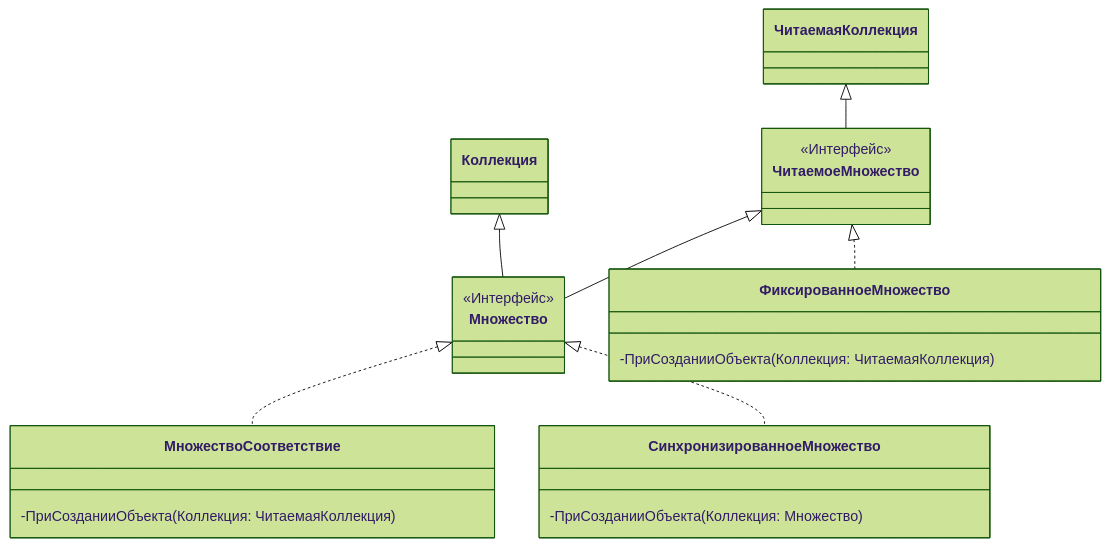
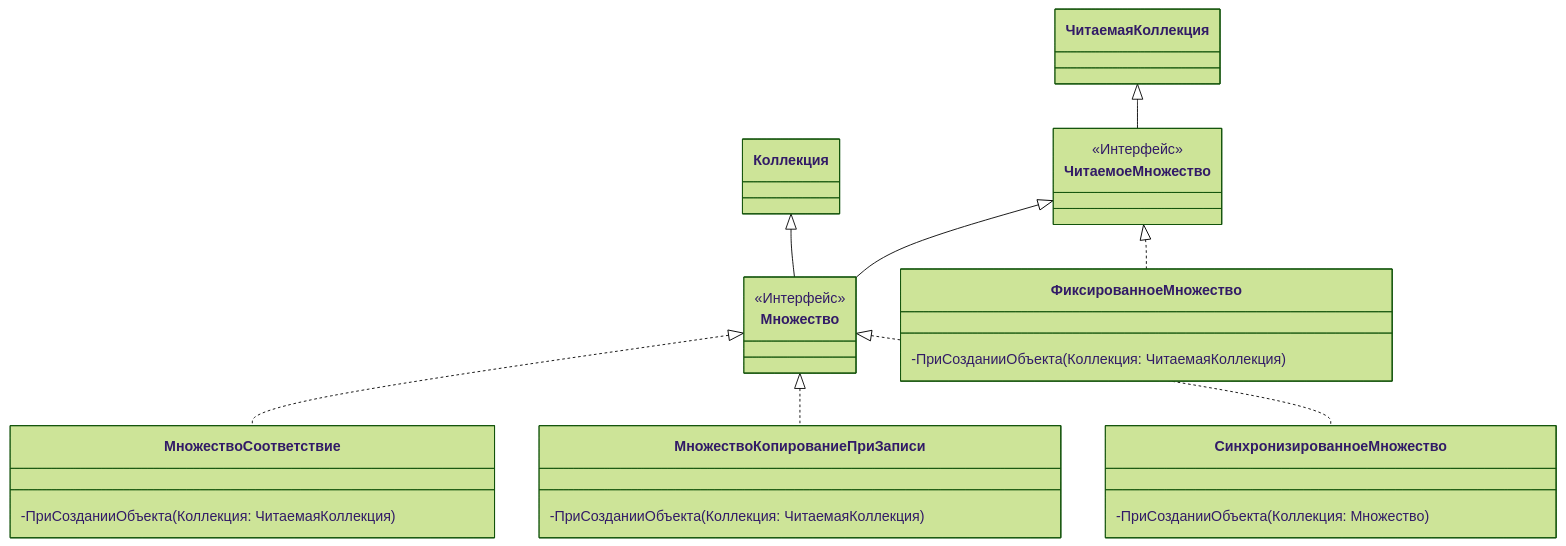
The second of 6 diagrams in README.md (sfaqer/collectionos), drawn with Mermaid (forest theme) before and after one commit. The commit also changed other lines of this file and 49 other files, not shown here.

````diff
--- a/README.md
+++ b/README.md
@@ -115,31 +127,36 @@
 ```mermaid
 classDiagram
 
 ЧитаемаяКоллекция <|-- ЧитаемоеМножество
 ЧитаемоеМножество <|-- Множество
 Коллекция <|-- Множество
 
 ЧитаемоеМножество <|.. ФиксированноеМножество
 Множество <|.. МножествоСоответствие
+Множество <|.. МножествоКопированиеПриЗаписи
 Множество <|.. СинхронизированноеМножество
 
 class ЧитаемоеМножество {
     <<Интерфейс>>
 }
 
 class Множество {
     <<Интерфейс>>
 }
 
 class ФиксированноеМножество {
     -ПриСозданииОбъекта(Коллекция: ЧитаемаяКоллекция)
 }
 
 class МножествоСоответствие {
     -ПриСозданииОбъекта(Коллекция: ЧитаемаяКоллекция)
 }
 
+class МножествоКопированиеПриЗаписи {
+    -ПриСозданииОбъекта(Коллекция: ЧитаемаяКоллекция)
+}
+
 class СинхронизированноеМножество {
     -ПриСозданииОбъекта(Коллекция: Множество)
 }
 ```
````
